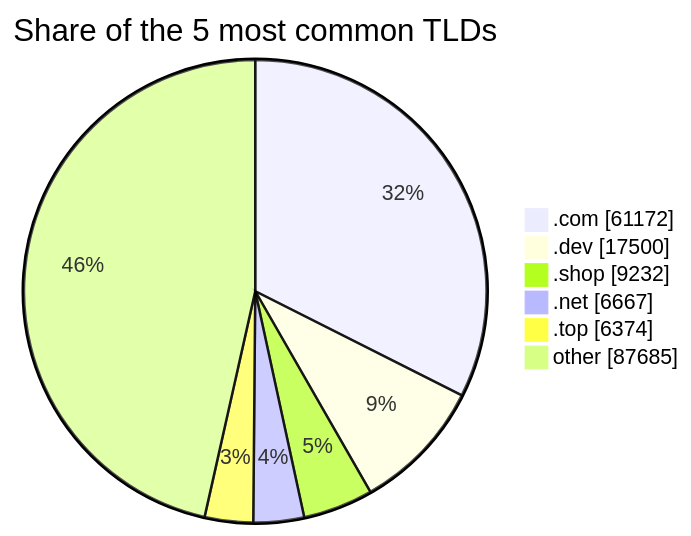
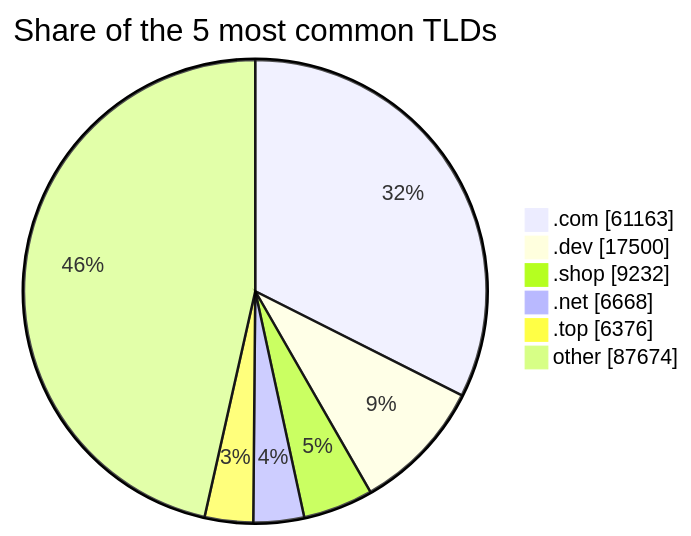
The third of 3 diagrams in README.md (DNSBunker/CTI), drawn with Mermaid before and after one commit. The commit also changed other lines of this file and 3 other files, not shown here.

````diff
--- a/README.md
+++ b/README.md
@@ -81,9 +81,9 @@
 ```mermaid
 pie showData title Share of the 5 most common TLDs
-    ".com" : 61172
+    ".com" : 61163
     ".dev" : 17500
     ".shop" : 9232
-    ".net" : 6667
-    ".top" : 6374
-    "other" : 87685
+    ".net" : 6668
+    ".top" : 6376
+    "other" : 87674
 ```
````
